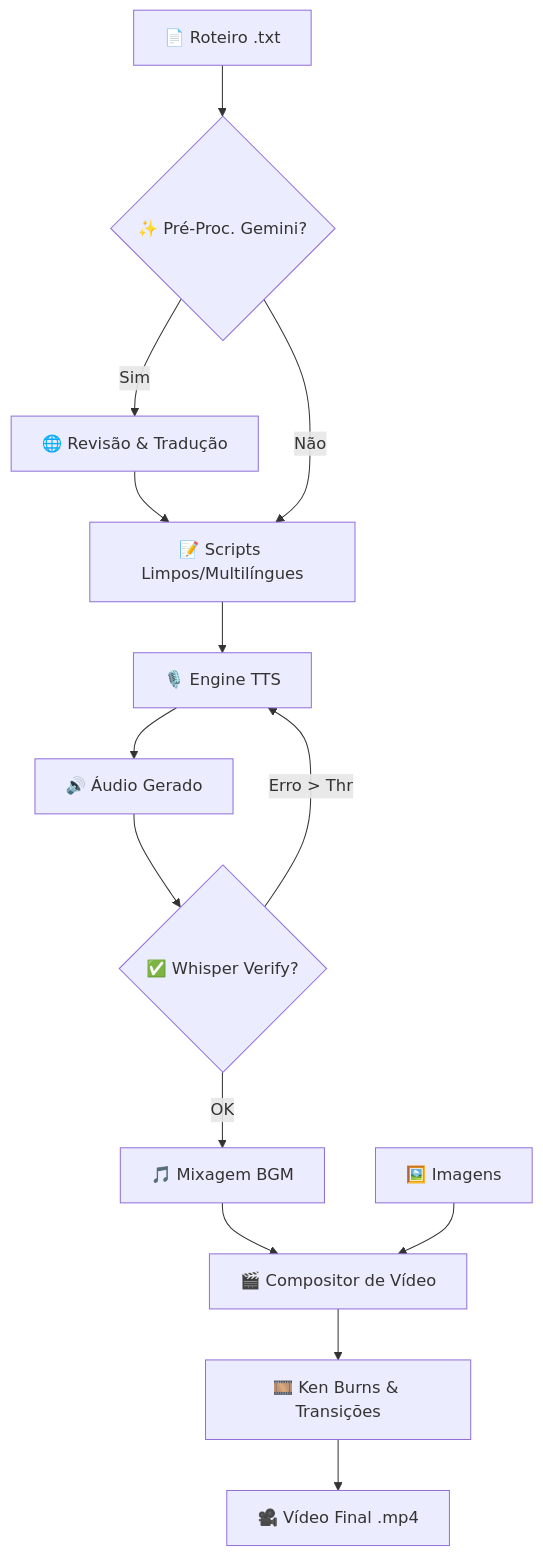
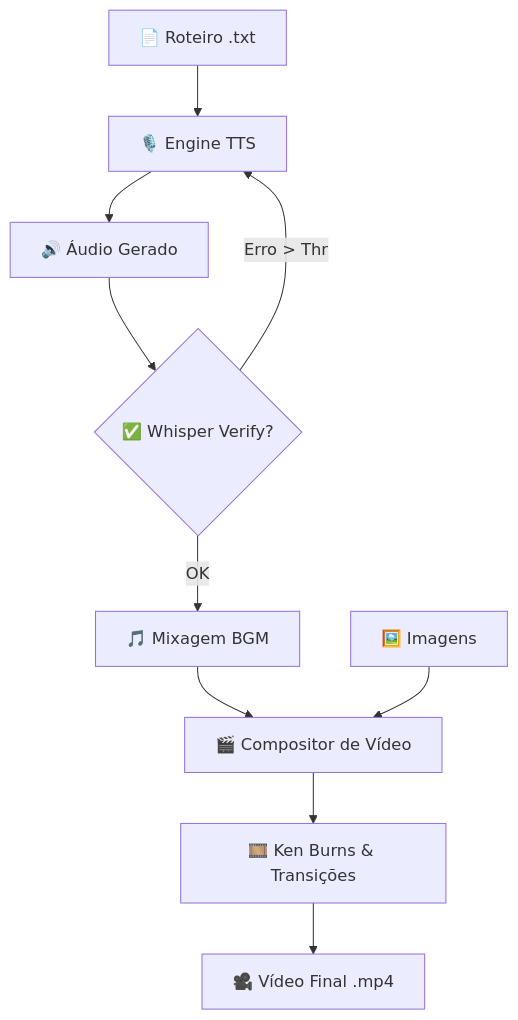
One commit to JoaoDurant/manhwa_app changed the diagram in README.md. Above: the diagram before and after it, drawn with Mermaid. The commit also changed other lines of this file and 37 other files, not shown here.

````diff
--- a/README.md
+++ b/README.md
@@ -11,19 +11,14 @@
 ```mermaid
 graph TD
-    A[📄 Roteiro .txt] --> B{✨ Pré-Proc. Gemini?}
-    B -- Sim --> C[🌐 Revisão & Tradução]
-    C --> D[📝 Scripts Limpos/Multilíngues]
-    B -- Não --> D
+    A[📄 Roteiro .txt] --> B[🎙️ Engine TTS]
+    B --> C[🔊 Áudio Gerado]
     
-    D --> E[🎙️ Engine TTS]
-    E --> F[🔊 Áudio Gerado]
+    C --> D{✅ Whisper Verify?}
+    D -- Erro > Thr --> B
+    D -- OK --> E[🎵 Mixagem BGM]
     
-    F --> G{✅ Whisper Verify?}
-    G -- Erro > Thr --> E
-    G -- OK --> H[🎵 Mixagem BGM]
-    
-    H --> I[🎬 Compositor de Vídeo]
-    J[🖼️ Imagens] --> I
-    I --> K[🎞️ Ken Burns & Transições]
-    K --> L[🎥 Vídeo Final .mp4]
+    E --> F[🎬 Compositor de Vídeo]
+    G[🖼️ Imagens] --> F
+    F --> H[🎞️ Ken Burns & Transições]
+    H --> I[🎥 Vídeo Final .mp4]
 ```
````
